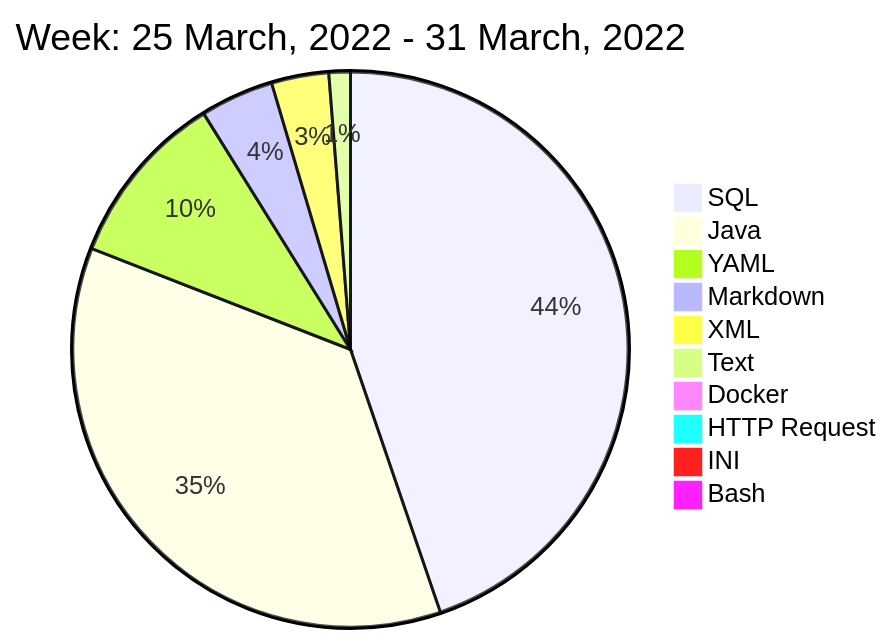
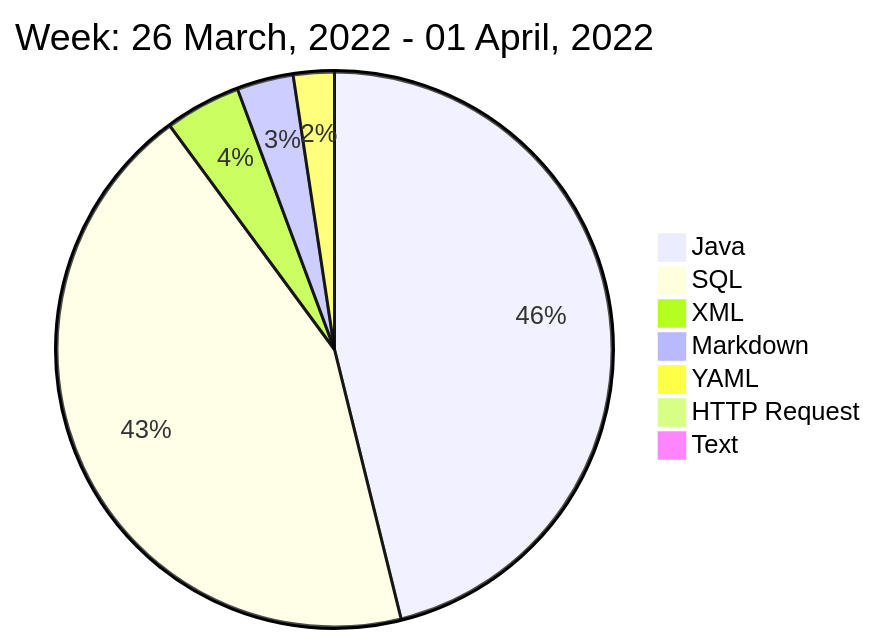
One commit to liubin95/liubin95 changed the diagram in README.md. Above: the diagram before and after it, drawn with Mermaid.

Commit message:
Updated the Graph with new Metrics

````diff
--- a/README.md
+++ b/README.md
@@ -40,14 +40,11 @@
 ```mermaid
  pie
-title Week: 25 March, 2022 - 31 March, 2022
- "SQL" : 11.82
- "Java" : 9.55
- "YAML" : 2.7
- "Markdown" : 1.13
- "XML" : 0.88
- "Text" : 0.33
- "Docker" : 0.27
- "HTTP Request" : 0.13
- "INI" : 0.12
- "Bash" : 0.1
+title Week: 26 March, 2022 - 01 April, 2022
+ "Java" : 12.2
+ "SQL" : 11.57
+ "XML" : 1.17
+ "Markdown" : 0.87
+ "YAML" : 0.63
+ "HTTP Request" : 0.25
+ "Text" : 0.07
 ```
````
